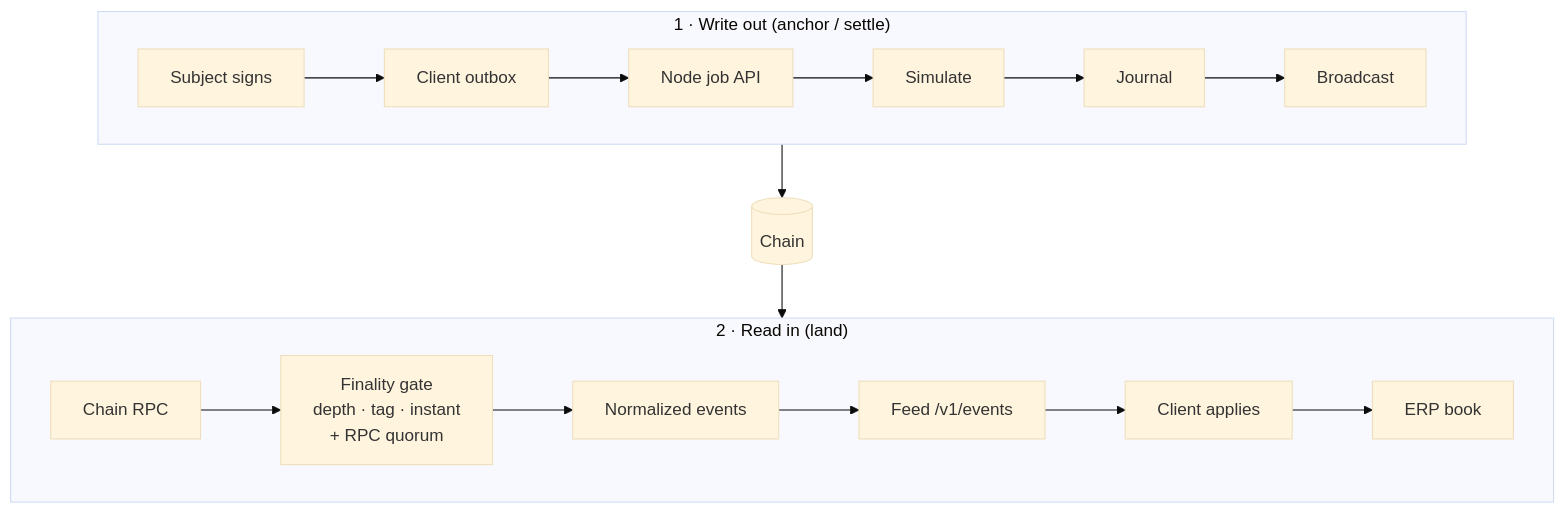
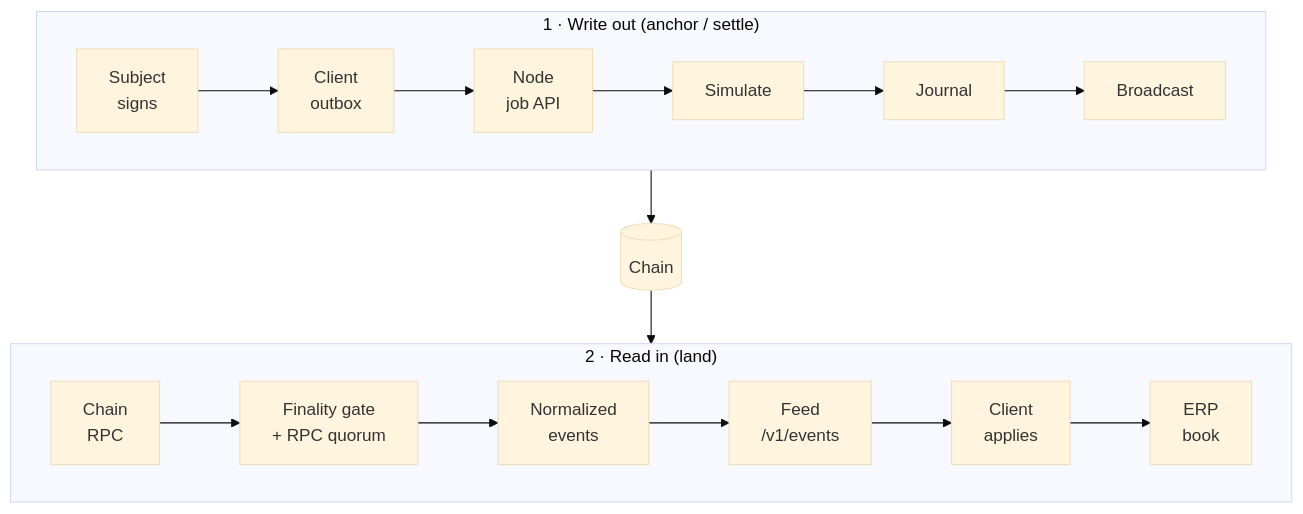
One commit to dinhduongha/scaas changed the first of 2 diagrams in docs/architecture.md. Above: the diagram before and after it, drawn with Mermaid (base theme). The commit also changed other lines of this file and 2 other files, not shown here.

Commit message:
docs: Mermaid layout fixes for tall diagrams
The write-out/read-in loop, the README component map and the
court-order flow collapsed into tall columns because Mermaid ignores a
subgraph's direction once an inner node links outside it. Edges now join
subgraphs, siblings are chained with invisible links, and the order flow
reads left to right. All 27 diagrams re-rendered and checked for aspect.

````diff
--- a/docs/architecture.md
+++ b/docs/architecture.md
@@ -125,12 +125,13 @@
 ```mermaid
 flowchart TB
     subgraph OUT["1 · Write out (anchor / settle)"]
         direction LR
-        S["Subject signs"] --> OB["Client outbox"] --> JA["Node job API"] --> SIM["Simulate"] --> JR["Journal"] --> BC["Broadcast"]
+        S["Subject<br/>signs"] --> OB["Client<br/>outbox"] --> JA["Node<br/>job API"] --> SIM["Simulate"] --> JR["Journal"] --> BC["Broadcast"]
     end
+    CH[("Chain")]
     subgraph IN["2 · Read in (land)"]
         direction LR
-        RPC["Chain RPC"] --> FG["Finality gate<br/>depth · tag · instant<br/>+ RPC quorum"] --> NE["Normalized events"] --> FD["Feed /v1/events"] --> CA["Client applies"] --> BK["ERP book"]
+        RPC["Chain<br/>RPC"] --> FG["Finality gate<br/>+ RPC quorum"] --> NE["Normalized<br/>events"] --> FD["Feed<br/>/v1/events"] --> CA["Client<br/>applies"] --> BK["ERP<br/>book"]
     end
-    BC --> CH[("Chain")] --> RPC
+    OUT --> CH --> IN
 ```
````
